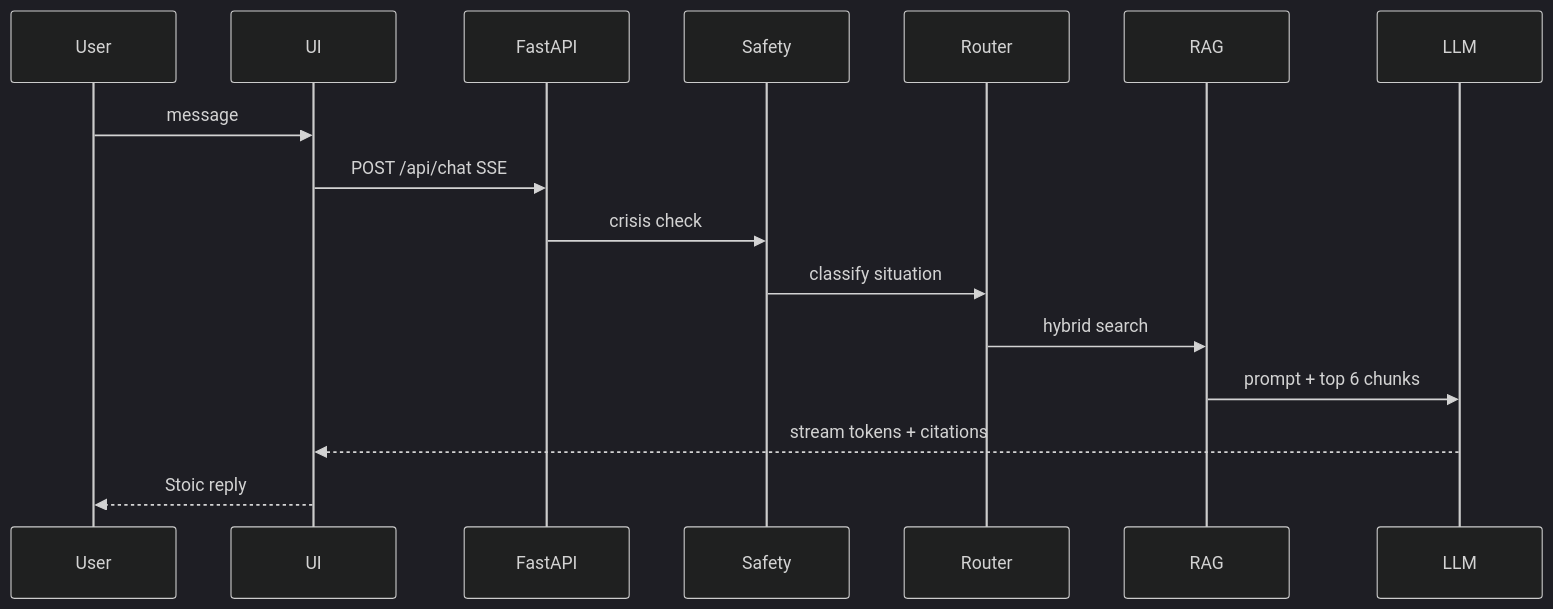
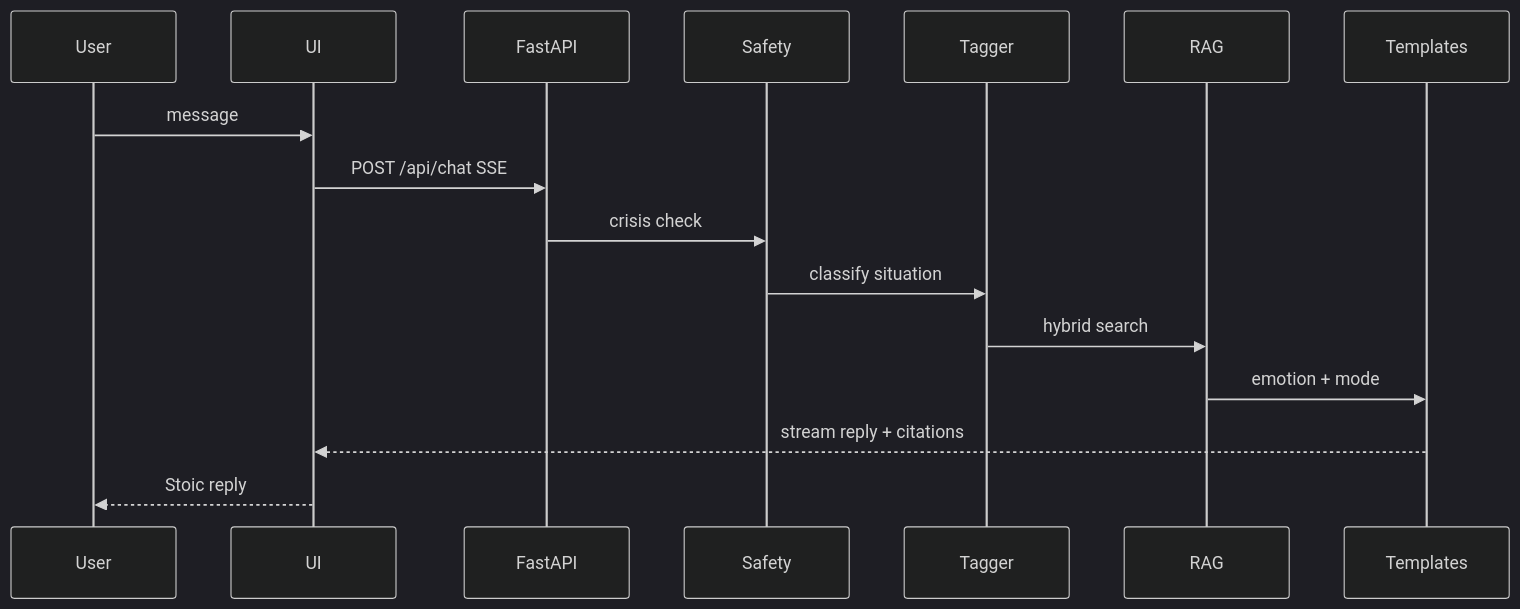
One commit to raymondworkshop/dev.research changed the third of 5 diagrams in plan.md. Above: the diagram before and after it, drawn with Mermaid (dark theme). The commit also changed other lines of this file and 47 other files, not shown here.

````diff
--- a/plan.md
+++ b/plan.md
@@ -89,19 +89,19 @@
 ```mermaid
 sequenceDiagram
     participant U as User
     participant UI as UI
     participant API as FastAPI
     participant S as Safety
-    participant R as Router
+    participant R as Tagger
     participant G as RAG
-    participant L as LLM
+    participant T as Templates
 
     U->>UI: message
     UI->>API: POST /api/chat SSE
     API->>S: crisis check
     S->>R: classify situation
     R->>G: hybrid search
-    G->>L: prompt + top 6 chunks
-    L-->>UI: stream tokens + citations
+    G->>T: emotion + mode
+    T-->>UI: stream reply + citations
     UI-->>U: Stoic reply
 ```
````
